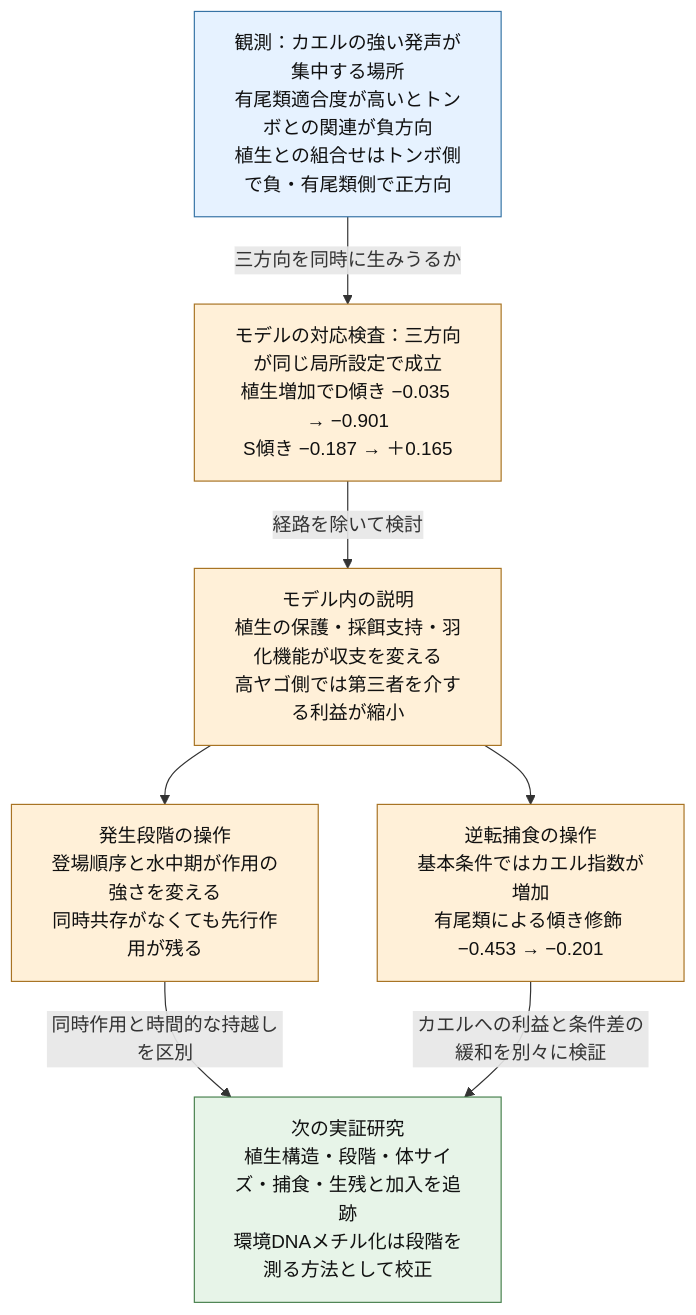
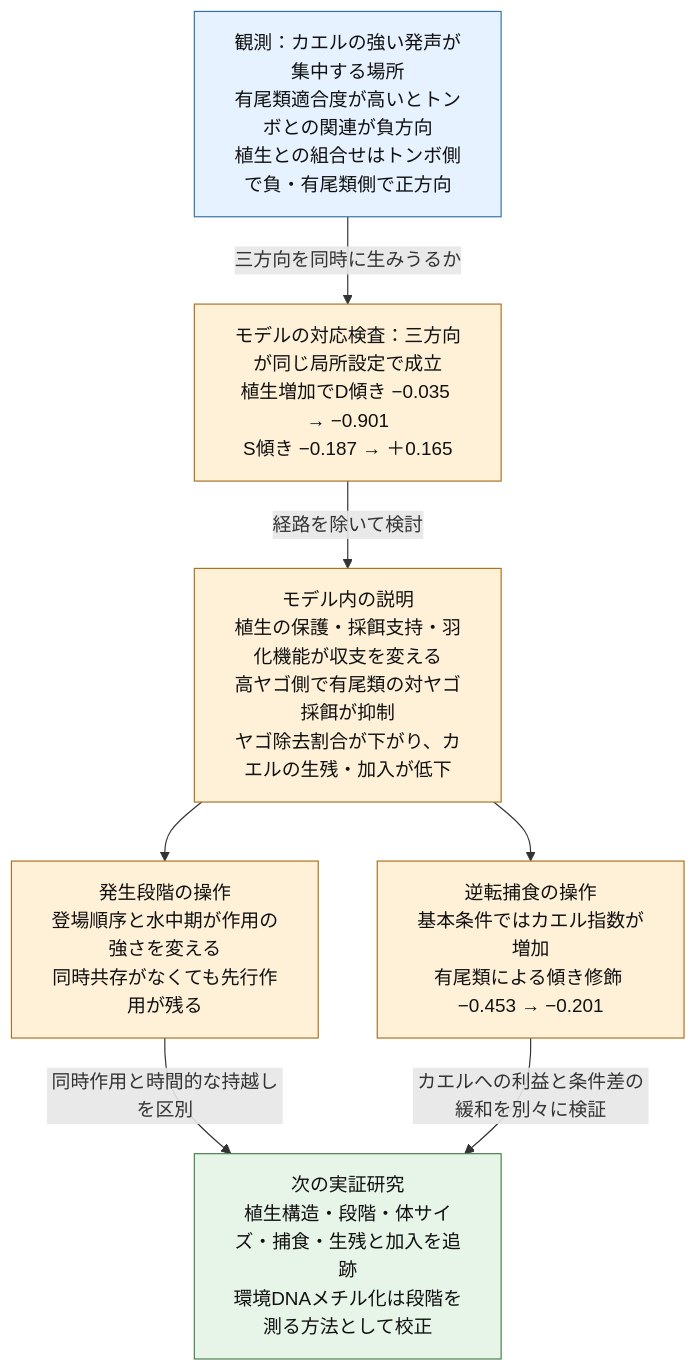
One commit to zuizui0223/frogcs changed the diagram in research/manuscript/ECOLOGICAL_DISCUSSION_CONCLUSION_2026-10-27.md. Above: the diagram before and after it, drawn with Mermaid. The commit also changed other lines of this file and 29 other files, not shown here.

````diff
--- a/research/manuscript/ECOLOGICAL_DISCUSSION_CONCLUSION_2026-10-27.md
+++ b/research/manuscript/ECOLOGICAL_DISCUSSION_CONCLUSION_2026-10-27.md
@@ -77,21 +77,21 @@
 ```mermaid
 flowchart TB
     A["観測：カエルの強い発声が集中する場所<br/>有尾類適合度が高いとトンボとの関連が負方向<br/>植生との組合せはトンボ側で負・有尾類側で正方向"]
     B["モデルの対応検査：三方向が同じ局所設定で成立<br/>植生増加でD傾き −0.035 → −0.901<br/>S傾き −0.187 → ＋0.165"]
-    C["モデル内の説明<br/>植生の保護・採餌支持・羽化機能が収支を変える<br/>高ヤゴ側では第三者を介する利益が縮小"]
+    C["モデル内の説明<br/>植生の保護・採餌支持・羽化機能が収支を変える<br/>高ヤゴ側で有尾類の対ヤゴ採餌が抑制<br/>ヤゴ除去割合が下がり、カエルの生残・加入が低下"]
     D["発生段階の操作<br/>登場順序と水中期が作用の強さを変える<br/>同時共存がなくても先行作用が残る"]
     E["逆転捕食の操作<br/>基本条件ではカエル指数が増加<br/>有尾類による傾き修飾 −0.453 → −0.201"]
     F["次の実証研究<br/>植生構造・段階・体サイズ・捕食・生残と加入を追跡<br/>環境DNAメチル化は段階を測る方法として校正"]
     A -->|三方向を同時に生みうるか| B
     B -->|経路を除いて検討| C
     C --> D
     C --> E
     D -->|同時作用と時間的な持越しを区別| F
     E -->|カエルへの利益と条件差の緩和を別々に検証| F
     classDef observed fill:#e6f2ff,stroke:#3673a5,color:#111;
     classDef modeled fill:#fff0d8,stroke:#a87323,color:#111;
     classDef future fill:#e7f4e8,stroke:#48804e,color:#111;
     class A observed;
     class B,C,D,E modeled;
     class F future;
 ```
````
